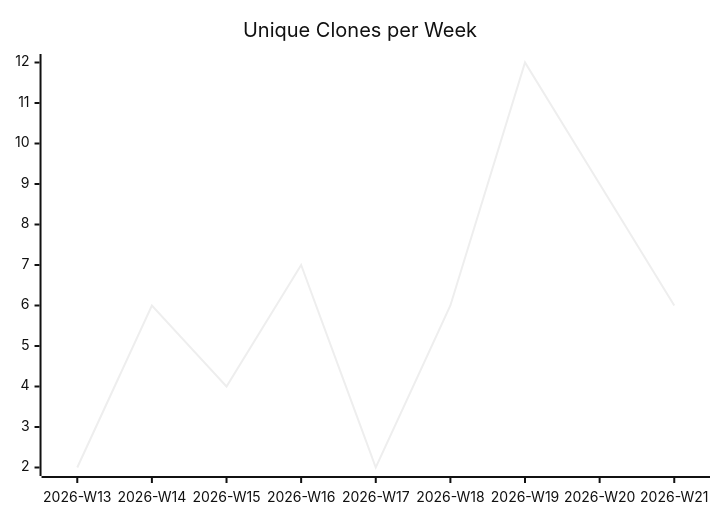
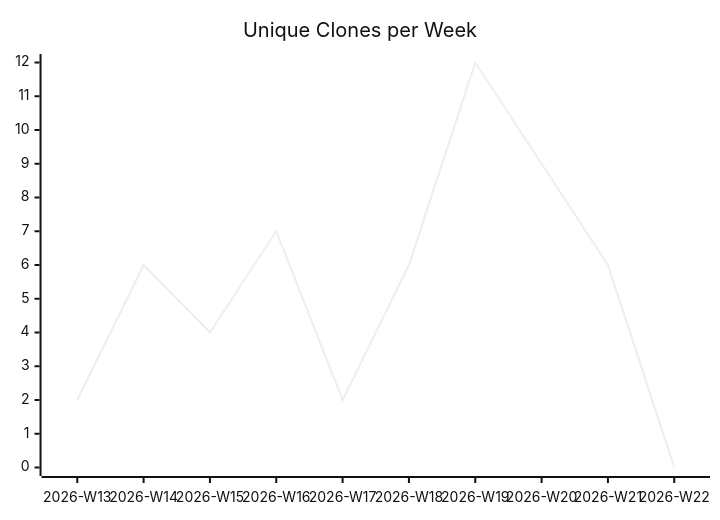
One commit to justdavis-family/github-analytics-data changed the third of 3 diagrams in karlmdavis/obsidian-operator/README.md. Above: the diagram before and after it, drawn with Mermaid (neutral theme). The commit also changed other lines of this file and 190 other files, not shown here.

````diff
--- a/karlmdavis/obsidian-operator/README.md
+++ b/karlmdavis/obsidian-operator/README.md
@@ -19,6 +19,6 @@
 ```mermaid
 xychart-beta
   title "Unique Clones per Week"
-  x-axis ["2026-W13", "2026-W14", "2026-W15", "2026-W16", "2026-W17", "2026-W18", "2026-W19", "2026-W20", "2026-W21"]
-  line [2, 6, 4, 7, 2, 6, 12, 9, 6]
+  x-axis ["2026-W13", "2026-W14", "2026-W15", "2026-W16", "2026-W17", "2026-W18", "2026-W19", "2026-W20", "2026-W21", "2026-W22"]
+  line [2, 6, 4, 7, 2, 6, 12, 9, 6, 0]
 ```
````
